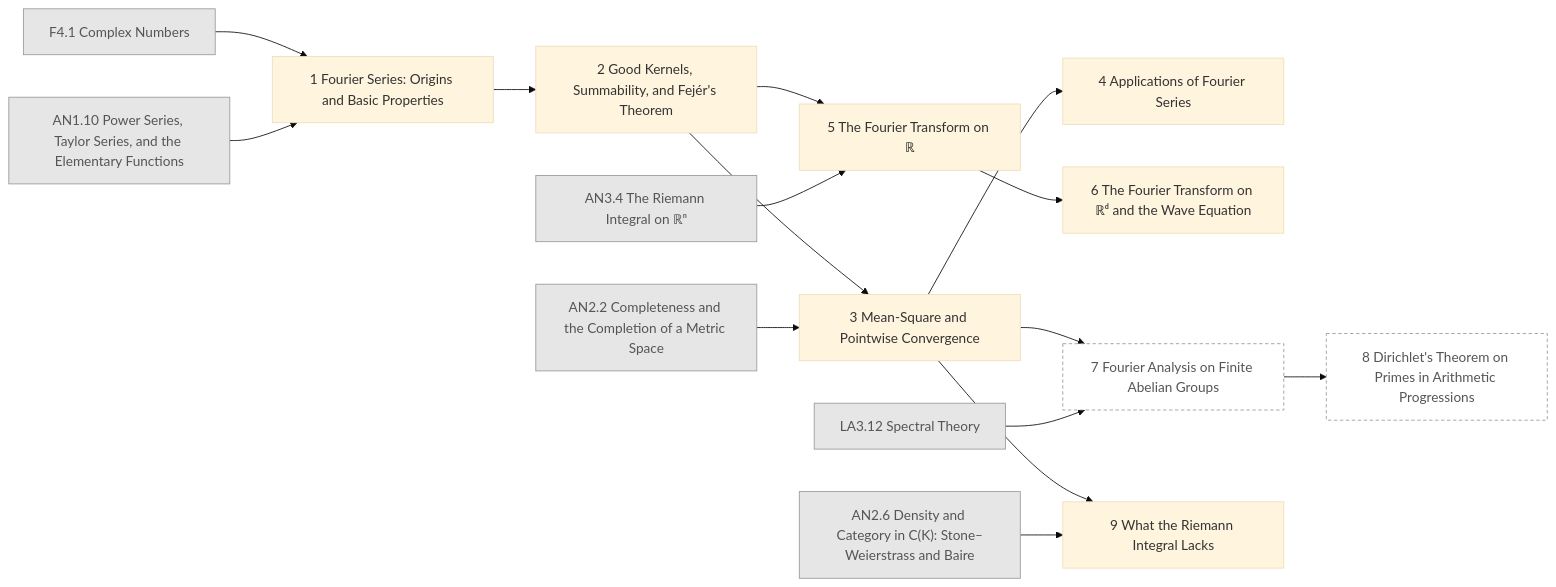
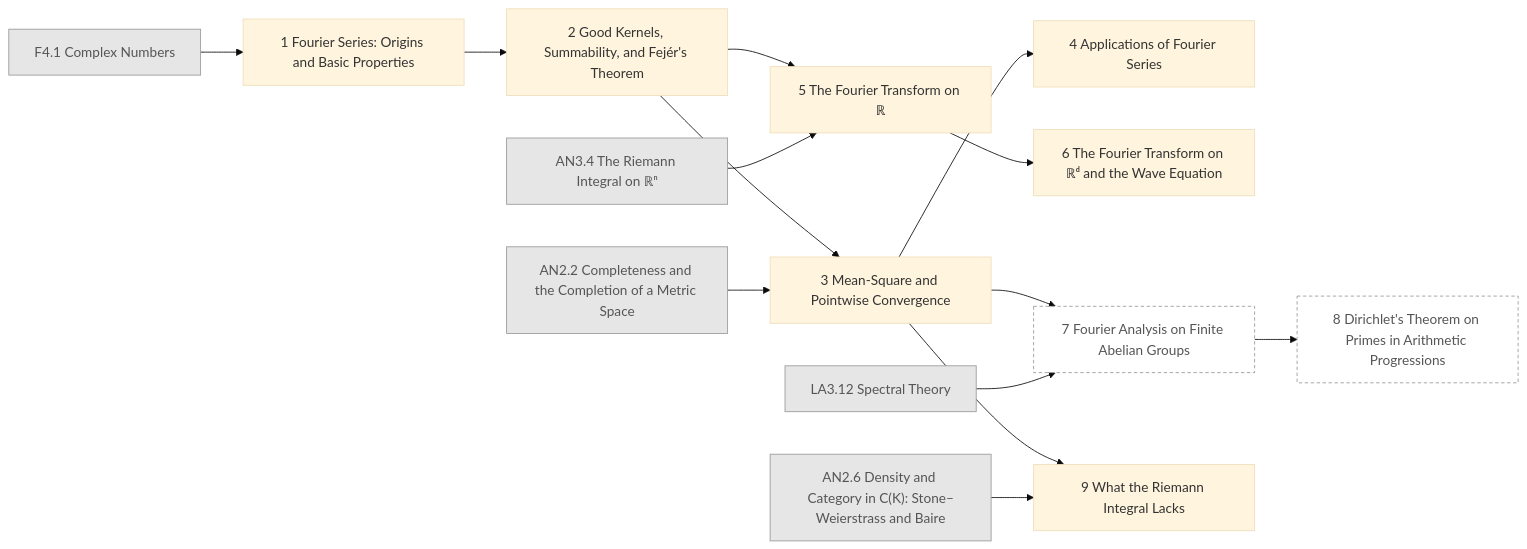
Before and after one commit to AkizumiFox/math-atlas: the diagram in generated/chapters/HA.mmd, drawn with Mermaid (base theme). The commit also changed 15 other files, not shown here.

```diff
--- a/generated/chapters/HA.mmd
+++ b/generated/chapters/HA.mmd
@@ -1,33 +1,31 @@
 flowchart LR
-  AN1_10["AN1.10 Power Series, Taylor Series, and the Elementary Functions"]:::ext
   F4_1["F4.1 Complex Numbers"]:::ext
   LA3_12["LA3.12 Spectral Theory"]:::ext
   AN2_2["AN2.2 Completeness and the Completion of a Metric Space"]:::ext
   AN2_6["AN2.6 Density and Category in C(K): Stone–Weierstrass and Baire"]:::ext
   AN3_4["AN3.4 The Riemann Integral on ℝⁿ"]:::ext
   HA_1["1 Fourier Series: Origins and Basic Properties"]
   HA_2["2 Good Kernels, Summability, and Fejér's Theorem"]
   HA_3["3 Mean-Square and Pointwise Convergence"]
   HA_4["4 Applications of Fourier Series"]
   HA_5["5 The Fourier Transform on ℝ"]
   HA_6["6 The Fourier Transform on ℝᵈ and the Wave Equation"]
   HA_7["7 Fourier Analysis on Finite Abelian Groups"]:::opt
   HA_8["8 Dirichlet's Theorem on Primes in Arithmetic Progressions"]:::opt
   HA_9["9 What the Riemann Integral Lacks"]
-  AN1_10 --> HA_1
   F4_1 --> HA_1
   HA_1 --> HA_2
   AN2_2 --> HA_3
   HA_2 --> HA_3
   HA_3 --> HA_4
   AN3_4 --> HA_5
   HA_2 --> HA_5
   HA_5 --> HA_6
   LA3_12 --> HA_7
   HA_3 --> HA_7
   HA_7 --> HA_8
   AN2_6 --> HA_9
   HA_3 --> HA_9
   classDef ext fill:#e6e6e6,stroke:#999,color:#555
   classDef opt fill:#fff,stroke:#999,stroke-dasharray:4 3,color:#555
   classDef segb fill:#f6f6fb,stroke:#99a,color:#333
```
